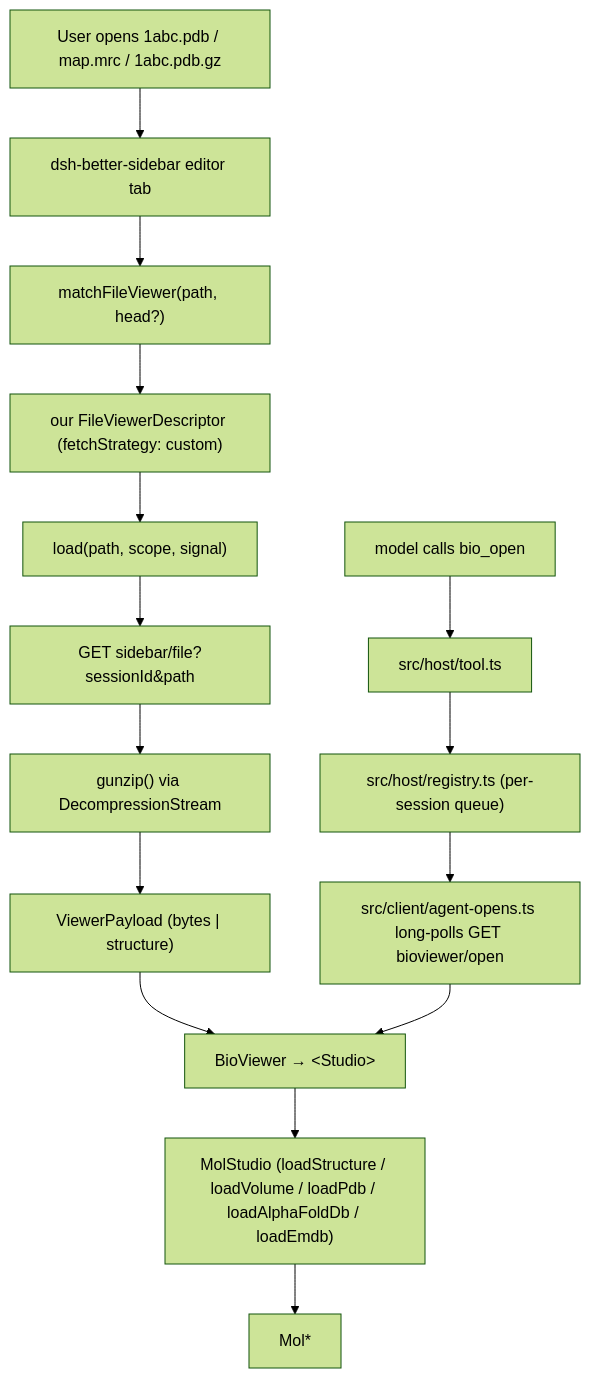
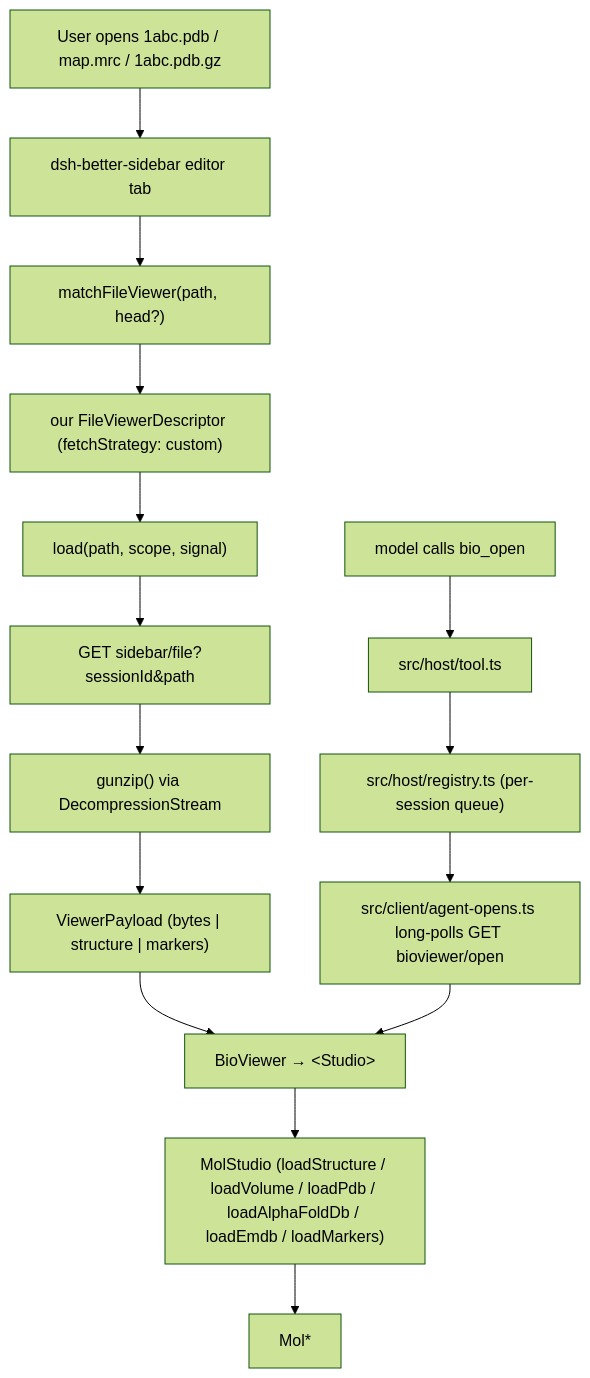
The diagram in AGENTS.md (shuuul/dsh-bioviewer), drawn with Mermaid (forest theme) before and after one commit. The commit also changed other lines of this file and 16 other files, not shown here.

````diff
--- a/AGENTS.md
+++ b/AGENTS.md
@@ -38,22 +38,22 @@
 ```mermaid
 flowchart TD
   user["User opens 1abc.pdb / map.mrc / 1abc.pdb.gz"]
   sidebar["dsh-better-sidebar editor tab"]
   matcher["matchFileViewer(path, head?)"]
   descriptor["our FileViewerDescriptor (fetchStrategy: custom)"]
   load["load(path, scope, signal)"]
   route["GET sidebar/file?sessionId&path"]
   gunzip["gunzip() via DecompressionStream"]
-  payload["ViewerPayload (bytes | structure)"]
+  payload["ViewerPayload (bytes | structure | markers)"]
   viewer["BioViewer → &lt;Studio&gt;"]
-  molstudio["MolStudio (loadStructure / loadVolume / loadPdb / loadAlphaFoldDb / loadEmdb)"]
+  molstudio["MolStudio (loadStructure / loadVolume / loadPdb / loadAlphaFoldDb / loadEmdb / loadMarkers)"]
   molstar["Mol*"]
 
   model["model calls bio_open"]
   tool["src/host/tool.ts"]
   registry["src/host/registry.ts (per-session queue)"]
   poll["src/client/agent-opens.ts long-polls GET bioviewer/open"]
 
   user --> sidebar --> matcher --> descriptor --> load --> route --> gunzip --> payload --> viewer --> molstudio --> molstar
   model --> tool --> registry --> poll --> viewer
 ```
````
